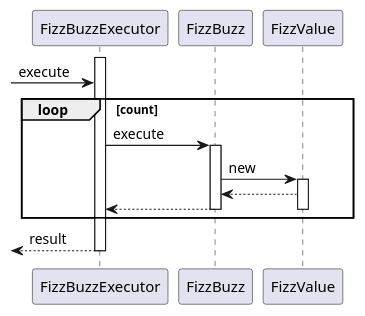
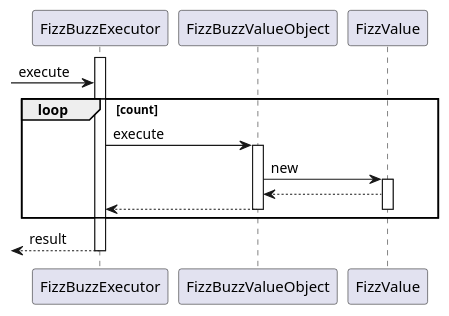
One commit to k2works/etude_for_ruby changed the second of 5 diagrams in docs/dev/_fizz_buzz.md. Above: the diagram before and after it, drawn with PlantUML. The commit also changed other lines of this file and 15 other files, not shown here.

````diff
--- a/docs/dev/_fizz_buzz.md
+++ b/docs/dev/_fizz_buzz.md
@@ -73,18 +75,18 @@
 ```puml
 @startuml
 activate FizzBuzzExecutor
 -> FizzBuzzExecutor :execute
 loop count
-  FizzBuzzExecutor -> FizzBuzz :execute
-  activate FizzBuzz
-    FizzBuzz -> FizzValue :new  
+  FizzBuzzExecutor -> FizzBuzzValueObject :execute
+  activate FizzBuzzValueObject
+    FizzBuzzValueObject -> FizzValue :new  
     activate FizzValue
-      FizzValue --> FizzBuzz
-      FizzBuzzExecutor <-- FizzBuzz
+      FizzValue --> FizzBuzzValueObject
+      FizzBuzzExecutor <-- FizzBuzzValueObject
     deactivate FizzValue
-  deactivate FizzBuzz
+  deactivate FizzBuzzValueObject
 end
 <-- FizzBuzzExecutor :result
 deactivate FizzBuzzExecutor
 @enduml
 ```
````
